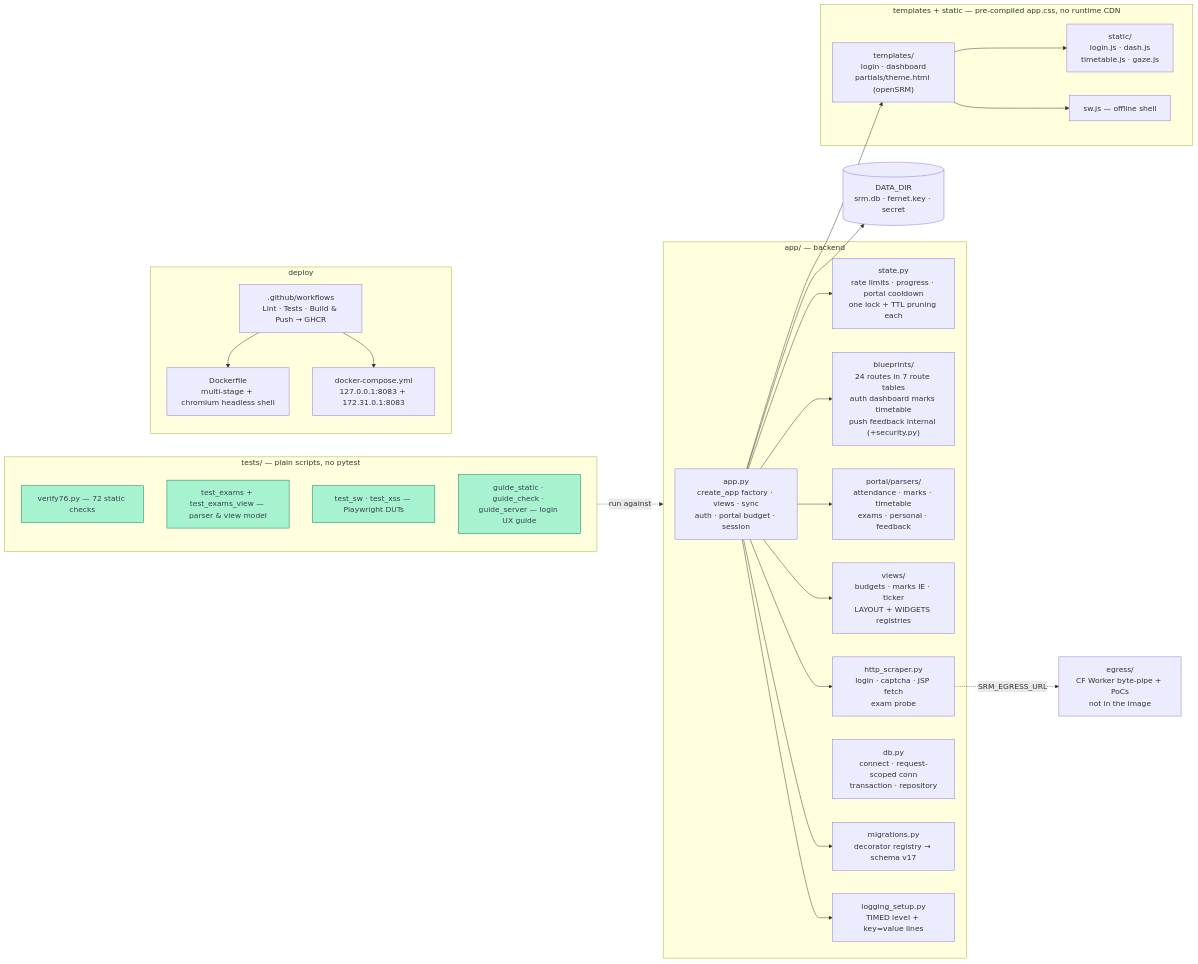
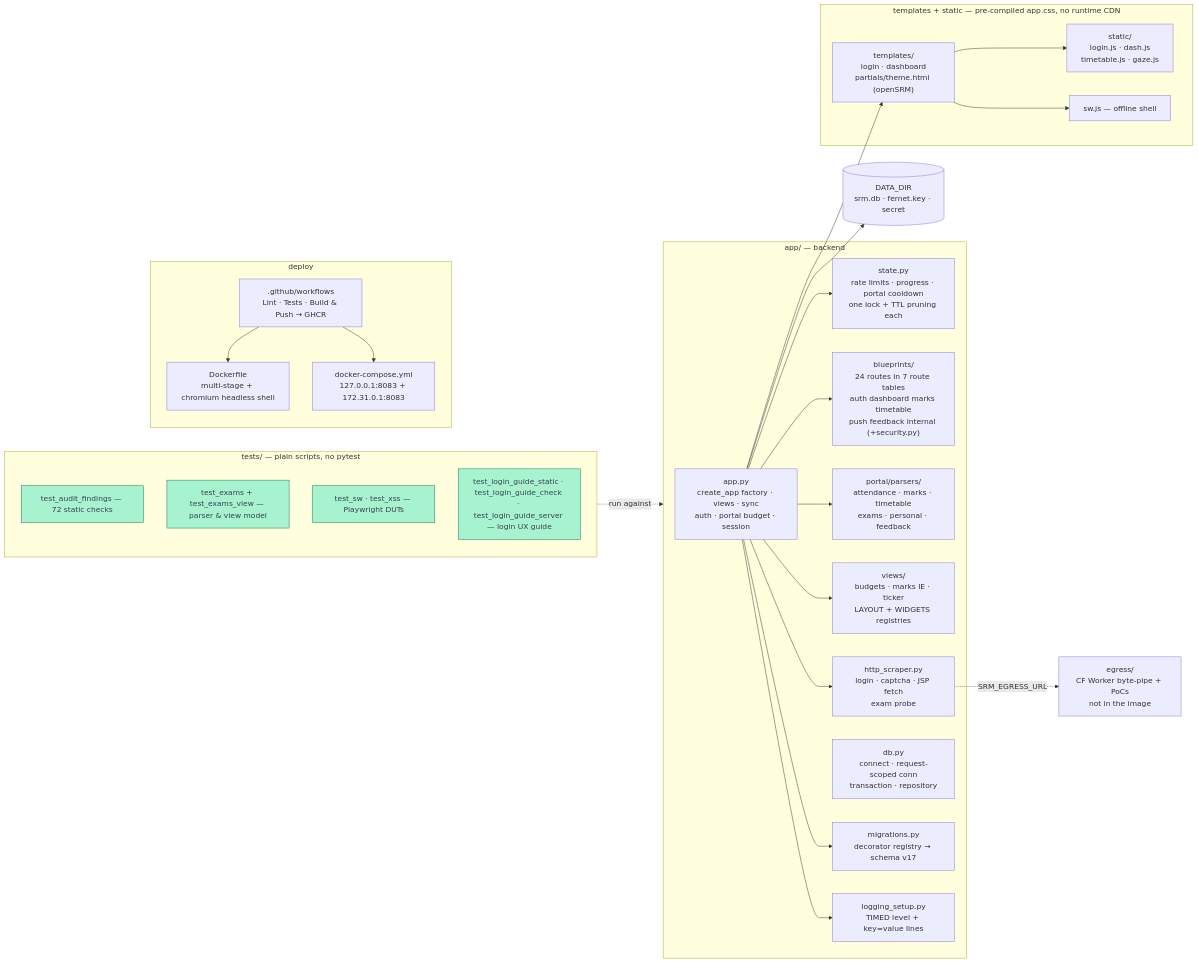
The third of 3 diagrams in README.md (thenabbu/OpenSRM), drawn with Mermaid before and after one commit. The commit also changed other lines of this file and 127 other files, not shown here.

````diff
--- a/README.md
+++ b/README.md
@@ -164,55 +164,55 @@
 ```mermaid
 flowchart LR
     subgraph backend["app/ — backend"]
         APP["app.py<br/>create_app factory · views · sync<br/>auth · portal budget · session"]
         STATE["state.py<br/>rate limits · progress · portal cooldown<br/>one lock + TTL pruning each"]
         BPS["blueprints/<br/>24 routes in 7 route tables<br/>auth dashboard marks timetable<br/>push feedback internal (+security.py)"]
         PARS["portal/parsers/<br/>attendance · marks · timetable<br/>exams · personal · feedback"]
         VIEWS["views/<br/>budgets · marks IE · ticker<br/>LAYOUT + WIDGETS registries"]
         SCR["http_scraper.py<br/>login · captcha · JSP fetch<br/>exam probe"]
         DB["db.py<br/>connect · request-scoped conn<br/>transaction · repository"]
         MIG["migrations.py<br/>decorator registry → schema v17"]
         LOG["logging_setup.py<br/>TIMED level + key=value lines"]
     end
 
     subgraph frontend["templates + static — pre-compiled app.css, no runtime CDN"]
         TPL["templates/<br/>login · dashboard<br/>partials/theme.html (openSRM)"]
         JS["static/<br/>login.js · dash.js<br/>timetable.js · gaze.js"]
         SWJS["sw.js — offline shell"]
     end
 
     subgraph gate["tests/ — plain scripts, no pytest"]
-        T1["verify76.py — 72 static checks"]
+        T1["test_audit_findings — 72 static checks"]
         T2["test_exams + test_exams_view — parser & view model"]
         T3["test_sw · test_xss — Playwright DUTs"]
-        T4["guide_static · guide_check · guide_server — login UX guide"]
+        T4["test_login_guide_static · test_login_guide_check · test_login_guide_server — login UX guide"]
     end
 
     subgraph ship["deploy"]
         DF["Dockerfile<br/>multi-stage + chromium headless shell"]
         DC["docker-compose.yml<br/>127.0.0.1:8083 + 172.31.0.1:8083"]
         CI[".github/workflows<br/>Lint · Tests · Build & Push → GHCR"]
     end
 
     EGDIR["egress/<br/>CF Worker byte-pipe + PoCs<br/>not in the image"]
     DATA[("DATA_DIR<br/>srm.db · fernet.key · secret")]
 
     APP --> SCR
     APP --> STATE
     APP --> MIG
     APP --> LOG
     APP --> PARS
     APP --> VIEWS
     APP --> BPS
     APP --> TPL
     TPL --> JS
     TPL --> SWJS
     APP --> DATA
     SCR -.->|"SRM_EGRESS_URL"| EGDIR
     CI --> DF
     CI --> DC
     gate -.->|"run against"| backend
 
     classDef gatecls fill:#a7f3d0,stroke:#047857,color:#374151
     class T1,T2,T3,T4 gatecls
 ```
````
